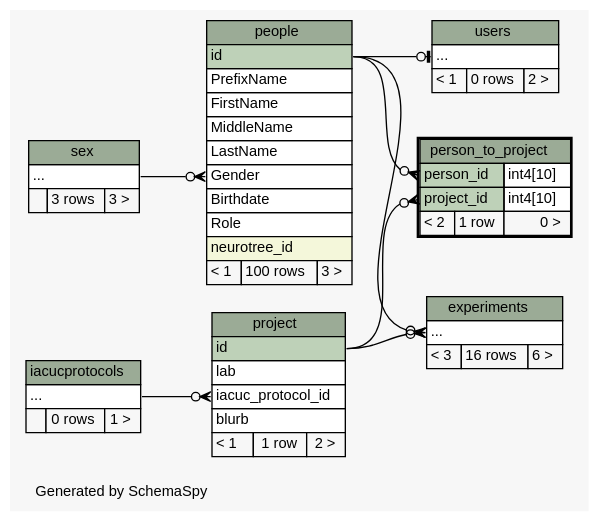
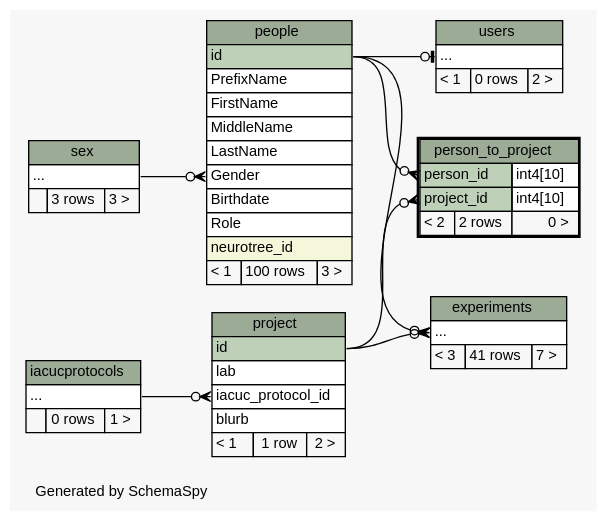
Before and after one commit to tgbugs/mlab: the diagram in database/ss/diagrams/person_to_project.2degrees.dot, drawn with Graphviz. The commit also changed 216 other files, not shown here.

```diff
--- a/database/ss/diagrams/person_to_project.2degrees.dot
+++ b/database/ss/diagrams/person_to_project.2degrees.dot
@@ -1,111 +1,111 @@
 // dot 2.32.0 on Windows 7 6.1
 // SchemaSpy rev 590
 digraph "twoDegreesRelationshipsDiagram" {
   graph [
     rankdir="RL"
     bgcolor="#f7f7f7"
     label="\nGenerated by SchemaSpy"
     labeljust="l"
     nodesep="0.18"
     ranksep="0.46"
     fontname="Helvetica"
     fontsize="11"
   ];
   node [
     fontname="Helvetica"
     fontsize="11"
     shape="plaintext"
   ];
   edge [
     arrowsize="0.8"
   ];
   "experiments":"elipses":w -> "people":"id":e [arrowhead=none dir=back arrowtail=crowodot];
   "experiments":"elipses":w -> "project":"id":e [arrowhead=none dir=back arrowtail=crowodot];
   "people":"Gender":w -> "sex":"elipses":e [arrowhead=none dir=back arrowtail=crowodot];
   "person_to_project":"person_id":w -> "people":"id":e [arrowhead=none dir=back arrowtail=crowodot];
   "person_to_project":"project_id":w -> "project":"id":e [arrowhead=none dir=back arrowtail=crowodot];
   "project":"iacuc_protocol_id":w -> "iacucprotocols":"elipses":e [arrowhead=none dir=back arrowtail=crowodot];
   "users":"elipses":w -> "people":"id":e [arrowhead=none dir=back arrowtail=teeodot];
   "experiments" [
     label=<
     <TABLE BORDER="0" CELLBORDER="1" CELLSPACING="0" BGCOLOR="#ffffff">
       <TR><TD COLSPAN="3" BGCOLOR="#9bab96" ALIGN="CENTER">experiments</TD></TR>
       <TR><TD PORT="elipses" COLSPAN="3" ALIGN="LEFT">...</TD></TR>
-      <TR><TD ALIGN="LEFT" BGCOLOR="#f7f7f7">&lt; 3</TD><TD ALIGN="RIGHT" BGCOLOR="#f7f7f7">16 rows</TD><TD ALIGN="RIGHT" BGCOLOR="#f7f7f7">6 &gt;</TD></TR>
+      <TR><TD ALIGN="LEFT" BGCOLOR="#f7f7f7">&lt; 3</TD><TD ALIGN="RIGHT" BGCOLOR="#f7f7f7">41 rows</TD><TD ALIGN="RIGHT" BGCOLOR="#f7f7f7">7 &gt;</TD></TR>
     </TABLE>>
     URL="experiments.html"
     tooltip="experiments"
   ];
   "iacucprotocols" [
     label=<
     <TABLE BORDER="0" CELLBORDER="1" CELLSPACING="0" BGCOLOR="#ffffff">
       <TR><TD COLSPAN="3" BGCOLOR="#9bab96" ALIGN="CENTER">iacucprotocols</TD></TR>
       <TR><TD PORT="elipses" COLSPAN="3" ALIGN="LEFT">...</TD></TR>
       <TR><TD ALIGN="LEFT" BGCOLOR="#f7f7f7">  </TD><TD ALIGN="RIGHT" BGCOLOR="#f7f7f7">0 rows</TD><TD ALIGN="RIGHT" BGCOLOR="#f7f7f7">1 &gt;</TD></TR>
     </TABLE>>
     URL="iacucprotocols.html"
     tooltip="iacucprotocols"
   ];
   "people" [
     label=<
     <TABLE BORDER="0" CELLBORDER="1" CELLSPACING="0" BGCOLOR="#ffffff">
       <TR><TD COLSPAN="3" BGCOLOR="#9bab96" ALIGN="CENTER">people</TD></TR>
       <TR><TD PORT="id" COLSPAN="3" BGCOLOR="#bed1b8" ALIGN="LEFT">id</TD></TR>
       <TR><TD PORT="PrefixName" COLSPAN="3" ALIGN="LEFT">PrefixName</TD></TR>
       <TR><TD PORT="FirstName" COLSPAN="3" ALIGN="LEFT">FirstName</TD></TR>
       <TR><TD PORT="MiddleName" COLSPAN="3" ALIGN="LEFT">MiddleName</TD></TR>
       <TR><TD PORT="LastName" COLSPAN="3" ALIGN="LEFT">LastName</TD></TR>
       <TR><TD PORT="Gender" COLSPAN="3" ALIGN="LEFT">Gender</TD></TR>
       <TR><TD PORT="Birthdate" COLSPAN="3" ALIGN="LEFT">Birthdate</TD></TR>
       <TR><TD PORT="Role" COLSPAN="3" ALIGN="LEFT">Role</TD></TR>
       <TR><TD PORT="neurotree_id" COLSPAN="3" BGCOLOR="#f4f7da" ALIGN="LEFT">neurotree_id</TD></TR>
       <TR><TD ALIGN="LEFT" BGCOLOR="#f7f7f7">&lt; 1</TD><TD ALIGN="RIGHT" BGCOLOR="#f7f7f7">100 rows</TD><TD ALIGN="RIGHT" BGCOLOR="#f7f7f7">3 &gt;</TD></TR>
     </TABLE>>
     URL="people.html"
     tooltip="people"
   ];
   "person_to_project" [
     label=<
     <TABLE BORDER="2" CELLBORDER="1" CELLSPACING="0" BGCOLOR="#ffffff">
       <TR><TD COLSPAN="3" BGCOLOR="#9bab96" ALIGN="CENTER">person_to_project</TD></TR>
       <TR><TD PORT="person_id" COLSPAN="2" BGCOLOR="#bed1b8" ALIGN="LEFT">person_id</TD><TD PORT="person_id.type" ALIGN="LEFT">int4[10]</TD></TR>
       <TR><TD PORT="project_id" COLSPAN="2" BGCOLOR="#bed1b8" ALIGN="LEFT">project_id</TD><TD PORT="project_id.type" ALIGN="LEFT">int4[10]</TD></TR>
-      <TR><TD ALIGN="LEFT" BGCOLOR="#f7f7f7">&lt; 2</TD><TD ALIGN="RIGHT" BGCOLOR="#f7f7f7">1 row</TD><TD ALIGN="RIGHT" BGCOLOR="#f7f7f7">0 &gt;</TD></TR>
+      <TR><TD ALIGN="LEFT" BGCOLOR="#f7f7f7">&lt; 2</TD><TD ALIGN="RIGHT" BGCOLOR="#f7f7f7">2 rows</TD><TD ALIGN="RIGHT" BGCOLOR="#f7f7f7">0 &gt;</TD></TR>
     </TABLE>>
     URL="person_to_project.html"
     tooltip="person_to_project"
   ];
   "project" [
     label=<
     <TABLE BORDER="0" CELLBORDER="1" CELLSPACING="0" BGCOLOR="#ffffff">
       <TR><TD COLSPAN="3" BGCOLOR="#9bab96" ALIGN="CENTER">project</TD></TR>
       <TR><TD PORT="id" COLSPAN="3" BGCOLOR="#bed1b8" ALIGN="LEFT">id</TD></TR>
       <TR><TD PORT="lab" COLSPAN="3" ALIGN="LEFT">lab</TD></TR>
       <TR><TD PORT="iacuc_protocol_id" COLSPAN="3" ALIGN="LEFT">iacuc_protocol_id</TD></TR>
       <TR><TD PORT="blurb" COLSPAN="3" ALIGN="LEFT">blurb</TD></TR>
       <TR><TD ALIGN="LEFT" BGCOLOR="#f7f7f7">&lt; 1</TD><TD ALIGN="RIGHT" BGCOLOR="#f7f7f7">1 row</TD><TD ALIGN="RIGHT" BGCOLOR="#f7f7f7">2 &gt;</TD></TR>
     </TABLE>>
     URL="project.html"
     tooltip="project"
   ];
   "sex" [
     label=<
     <TABLE BORDER="0" CELLBORDER="1" CELLSPACING="0" BGCOLOR="#ffffff">
       <TR><TD COLSPAN="3" BGCOLOR="#9bab96" ALIGN="CENTER">sex</TD></TR>
       <TR><TD PORT="elipses" COLSPAN="3" ALIGN="LEFT">...</TD></TR>
       <TR><TD ALIGN="LEFT" BGCOLOR="#f7f7f7">  </TD><TD ALIGN="RIGHT" BGCOLOR="#f7f7f7">3 rows</TD><TD ALIGN="RIGHT" BGCOLOR="#f7f7f7">3 &gt;</TD></TR>
     </TABLE>>
     URL="sex.html"
     tooltip="sex"
   ];
   "users" [
     label=<
     <TABLE BORDER="0" CELLBORDER="1" CELLSPACING="0" BGCOLOR="#ffffff">
       <TR><TD COLSPAN="3" BGCOLOR="#9bab96" ALIGN="CENTER">users</TD></TR>
       <TR><TD PORT="elipses" COLSPAN="3" ALIGN="LEFT">...</TD></TR>
       <TR><TD ALIGN="LEFT" BGCOLOR="#f7f7f7">&lt; 1</TD><TD ALIGN="RIGHT" BGCOLOR="#f7f7f7">0 rows</TD><TD ALIGN="RIGHT" BGCOLOR="#f7f7f7">2 &gt;</TD></TR>
     </TABLE>>
     URL="users.html"
     tooltip="users"
   ];
 }
```
